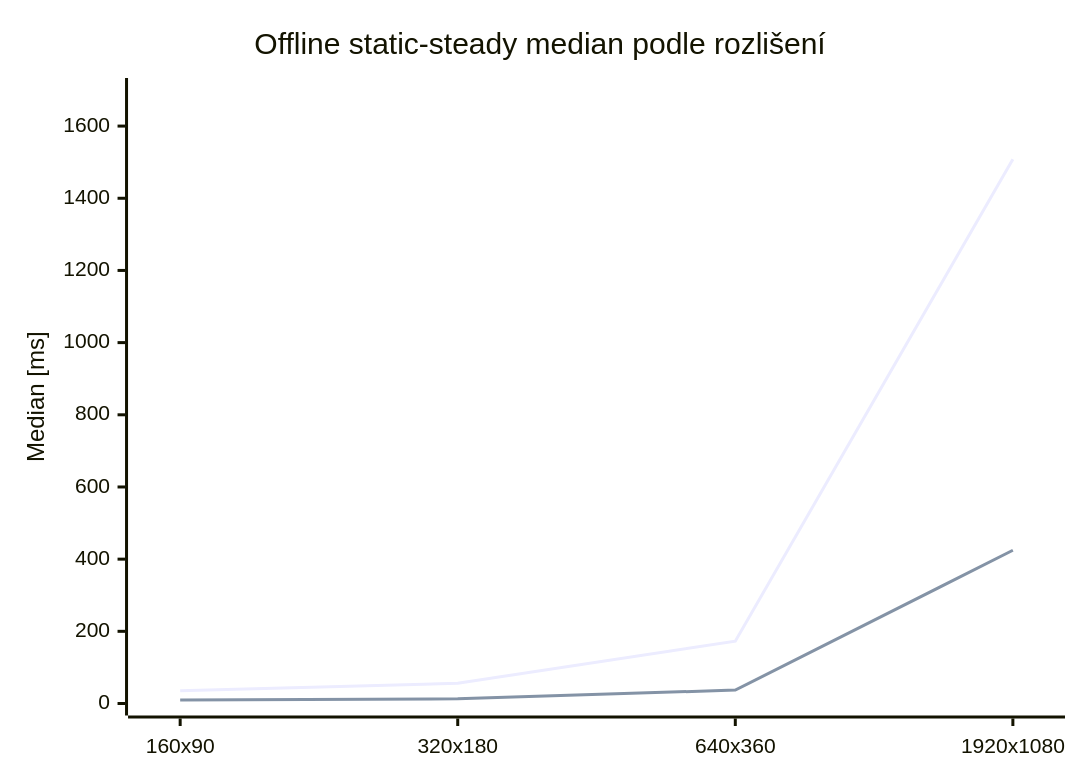
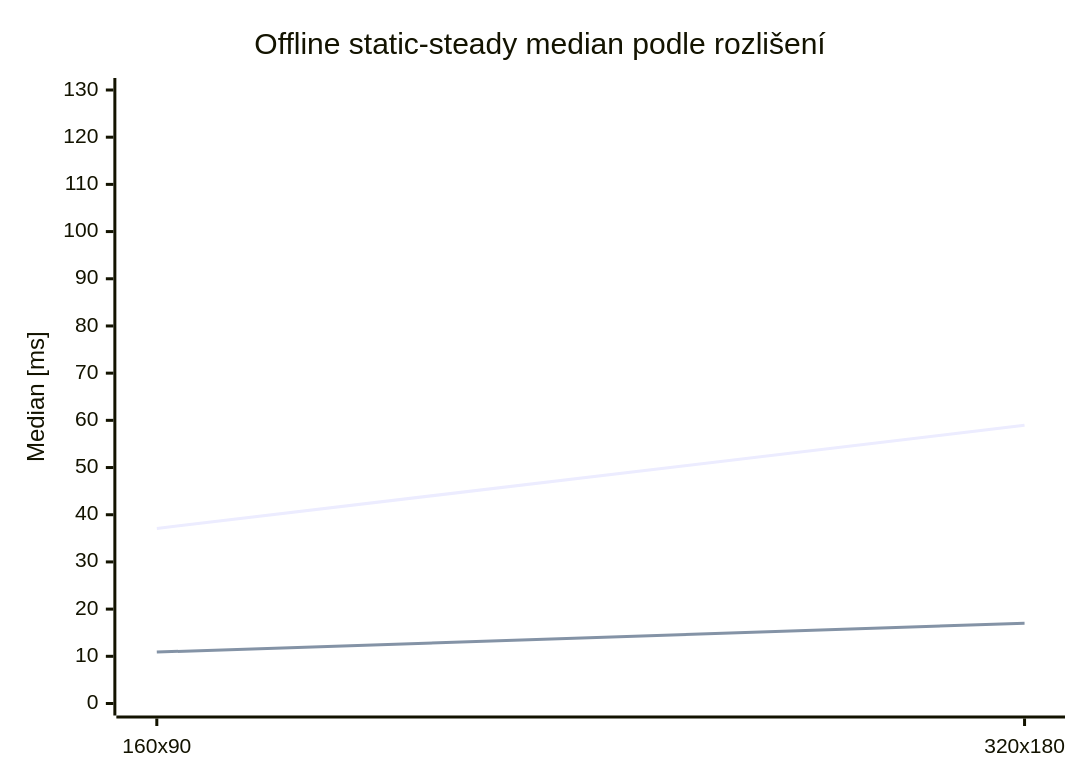
Before and after one commit to Esperosa/3D-Renderer-Josefina---PGR2: the second of 13 diagrams in README.md, drawn with Mermaid. The commit also changed other lines of this file and 17 other files, not shown here.

````diff
--- a/README.md
+++ b/README.md
@@ -296,8 +302,8 @@
 ```mermaid
 xychart-beta
   title "Offline static-steady median podle rozlišení"
-  x-axis ["160x90", "320x180", "640x360", "1920x1080"]
-  y-axis "Median [ms]" 0 --> 1700
-  line "Path Tracing" [35.11, 56.10, 172.56, 1508.33]
-  line "Ray Tracing" [9.36, 13.13, 37.10, 424.58]
+  x-axis ["160x90", "320x180"]
+  y-axis "Median [ms]" 0 --> 130
+  line "Path Tracing" [37.09, 58.95]
+  line "Ray Tracing" [10.89, 17.03]
 ```
````
